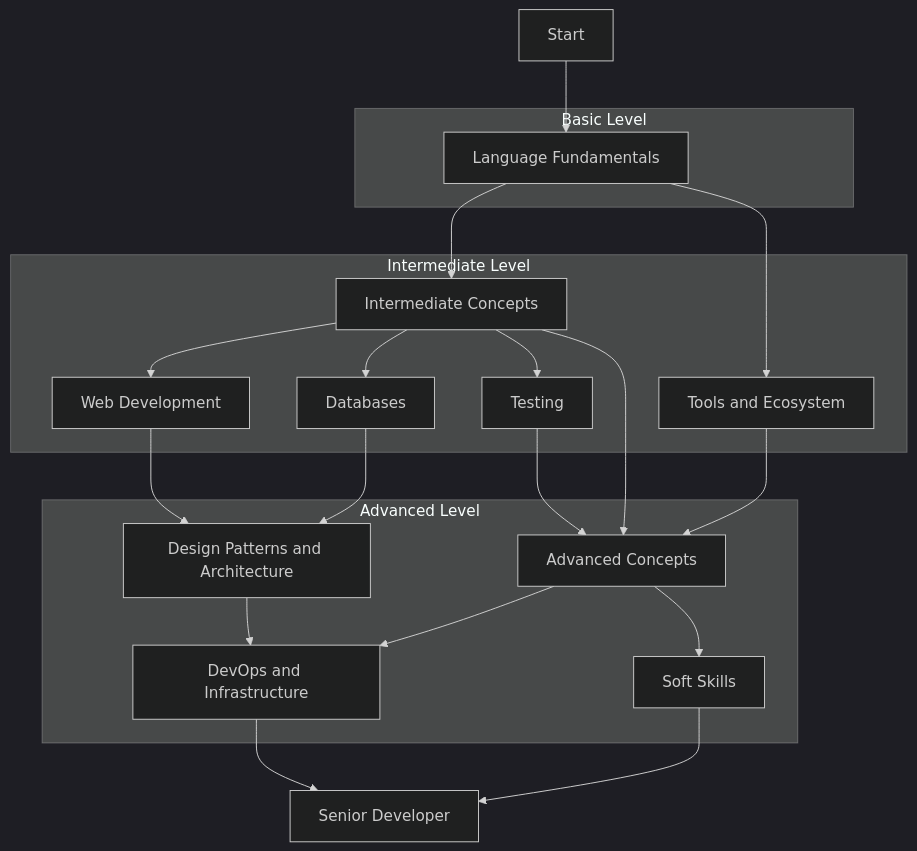
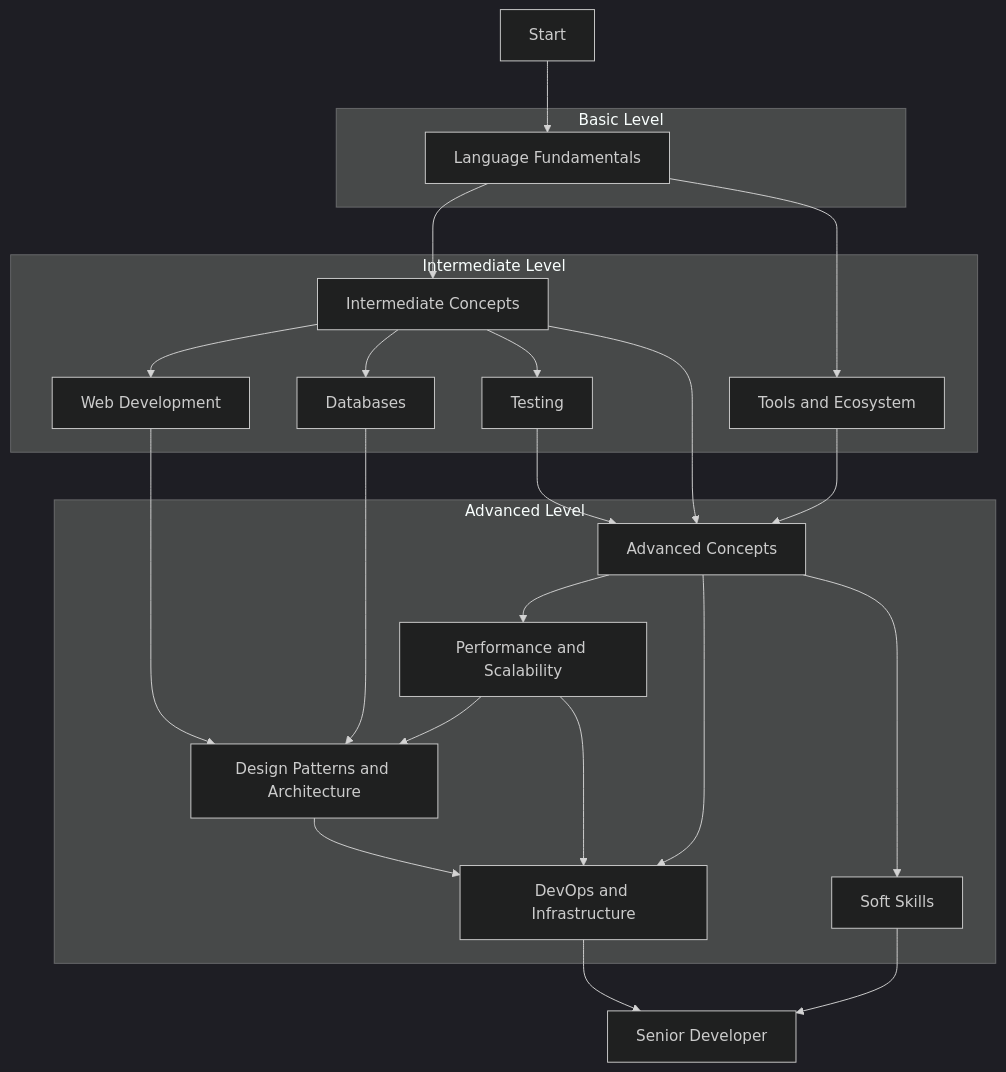
The diagram in my-study-projects/study-by-ai/knowledge-base/golang/README.md (sfidencio/archived-courses), drawn with Mermaid (dark theme) before and after one commit. The commit also changed other lines of this file and 1783 other files, not shown here.

````diff
--- a/my-study-projects/study-by-ai/knowledge-base/golang/README.md
+++ b/my-study-projects/study-by-ai/knowledge-base/golang/README.md
@@ -21,41 +22,45 @@
 ```mermaid
 graph TD
     Start[Start] --> Fundamentals
 
     subgraph "Basic Level"
     Fundamentals[Language Fundamentals]
     end
 
     subgraph "Intermediate Level"
     Intermediate[Intermediate Concepts]
     Tools[Tools and Ecosystem]
     Web[Web Development]
     DB[Databases]
     Testing[Testing]
     end
 
     subgraph "Advanced Level"
     Advanced[Advanced Concepts]
+    Performance[Performance and Scalability]
     Patterns[Design Patterns and Architecture]
     DevOps[DevOps and Infrastructure]
     SoftSkills[Soft Skills]
     end
 
     Fundamentals --> Intermediate
     Fundamentals --> Tools
     Intermediate --> Web
     Intermediate --> DB
     Intermediate --> Testing
 
     Intermediate --> Advanced
     Tools --> Advanced
     Testing --> Advanced
     Web --> Patterns
     DB --> Patterns
+    Advanced --> Performance
+    Performance --> Patterns
+    Performance --> DevOps
     Advanced --> DevOps
     Patterns --> DevOps
     Advanced --> SoftSkills
 
     SoftSkills --> Master[Senior Developer]
     DevOps --> Master
 ```
````
